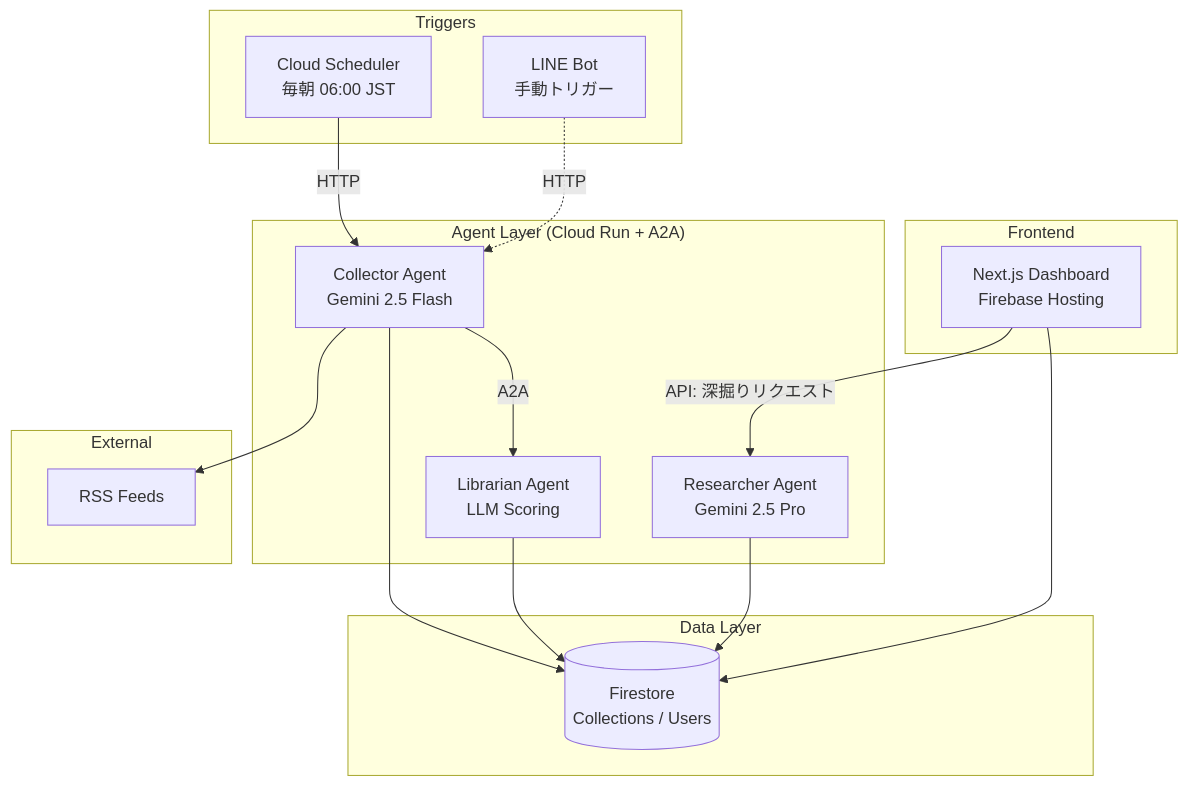
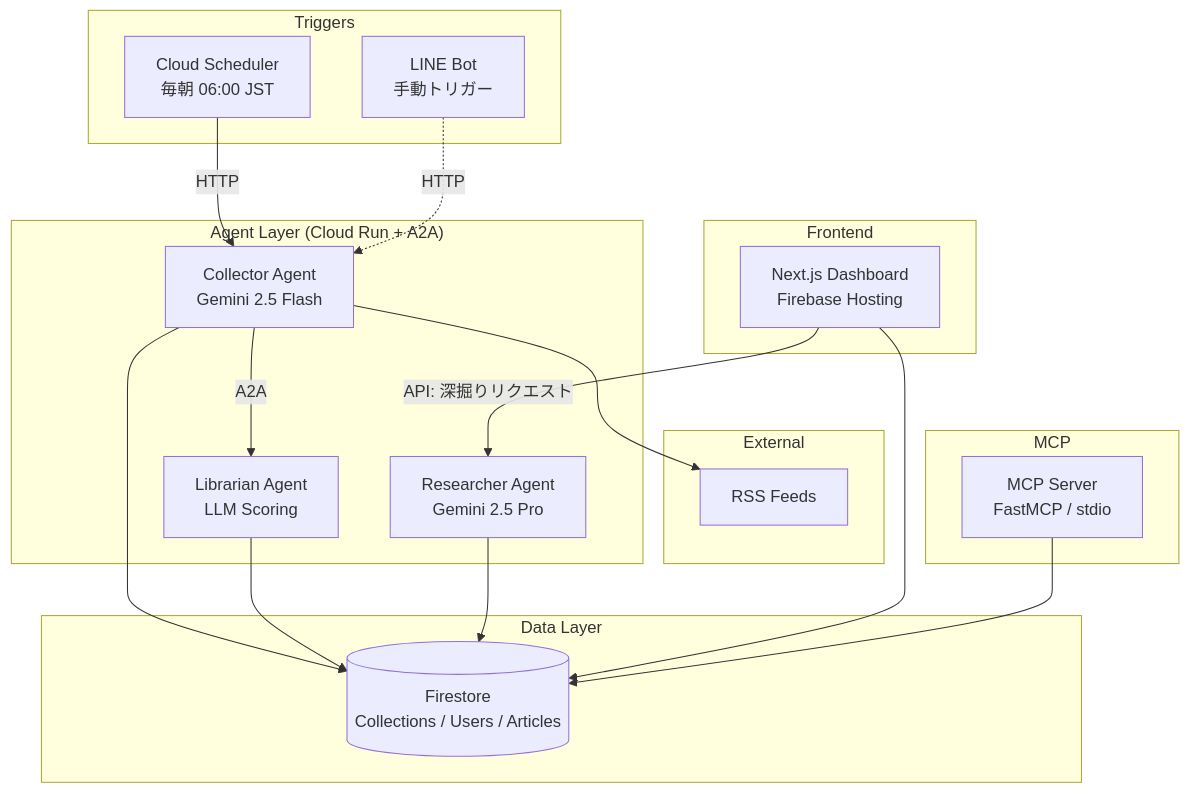
The first of 2 diagrams in docs/Design_doc.md (Renz0043/curation-persona), drawn with Mermaid before and after one commit. The commit also changed other lines of this file and 6 other files, not shown here.

````diff
--- a/docs/Design_doc.md
+++ b/docs/Design_doc.md
@@ -29,37 +29,42 @@
 ```mermaid
 graph TD
     subgraph "Triggers"
         Scheduler[Cloud Scheduler<br/>毎朝 06:00 JST]
         LineBot[LINE Bot<br/>手動トリガー]
     end
 
     subgraph "Agent Layer (Cloud Run + A2A)"
         Collector[Collector Agent<br/>Gemini 2.5 Flash]
         Librarian[Librarian Agent<br/>LLM Scoring]
         Researcher[Researcher Agent<br/>Gemini 2.5 Pro]
     end
 
     subgraph "Data Layer"
-        Firestore[(Firestore<br/>Collections / Users)]
+        Firestore[(Firestore<br/>Collections / Users / Articles)]
     end
 
     subgraph "External"
         RSS[RSS Feeds]
     end
 
     subgraph "Frontend"
         Dashboard[Next.js Dashboard<br/>Firebase Hosting]
+    end
+
+    subgraph "MCP"
+        MCPServer[MCP Server<br/>FastMCP / stdio]
     end
 
     Scheduler -->|HTTP| Collector
     LineBot -.->|HTTP| Collector
 
     Collector -->|A2A| Librarian
     Collector --> RSS
     Collector --> Firestore
     Librarian --> Firestore
     Dashboard -->|API: 深掘りリクエスト| Researcher
     Researcher --> Firestore
 
     Dashboard --> Firestore
+    MCPServer --> Firestore
 ```
````
